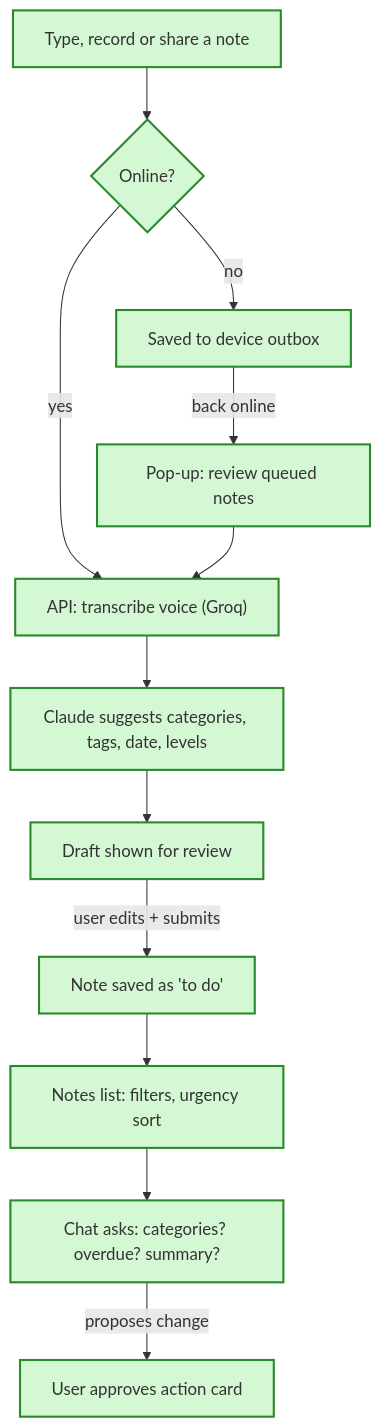
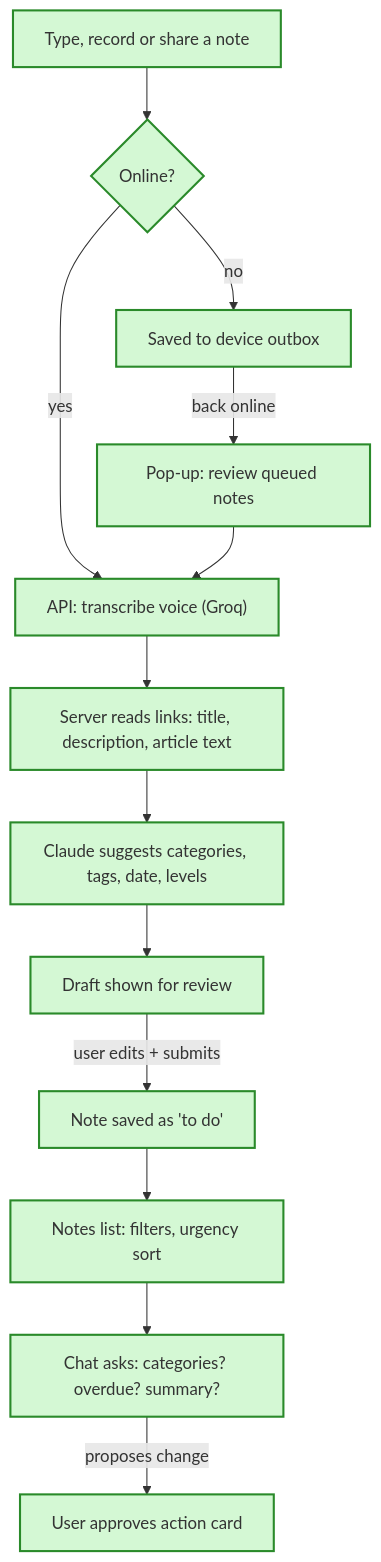
The diagram in docs/plan.simple.md (droruri/notes-organizer), drawn with Mermaid before and after one commit. The commit also changed other lines of this file and 2 other files, not shown here.

First line of the commit message:
Plan: Claude reads links in notes; hosted setup steps

````diff
--- a/docs/plan.simple.md
+++ b/docs/plan.simple.md
@@ -7,15 +7,16 @@
 ```mermaid
 flowchart TD
     A[Type, record or share a note]:::new --> B{Online?}:::new
     B -->|no| C[Saved to device outbox]:::new
     C -->|back online| D[Pop-up: review queued notes]:::new
     B -->|yes| E["API: transcribe voice (Groq)"]:::new
     D --> E
-    E --> F["Claude suggests categories, tags, date, levels"]:::new
+    E --> L["Server reads links: title, description, article text"]:::new
+    L --> F["Claude suggests categories, tags, date, levels"]:::new
     F --> G[Draft shown for review]:::new
     G -->|user edits + submits| H[Note saved as 'to do']:::new
     H --> I[Notes list: filters, urgency sort]:::new
     I --> J[Chat asks: categories? overdue? summary?]:::new
     J -->|proposes change| K[User approves action card]:::new
     classDef new fill:#d4f8d4,stroke:#2a8a2a,stroke-width:2px
 ```
````
